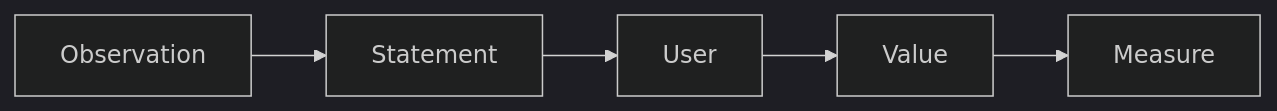
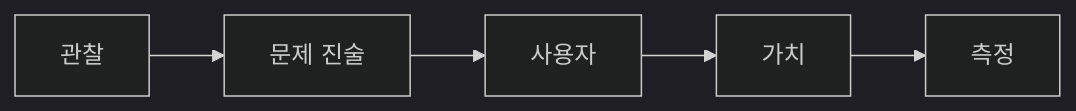
The diagram in content/capstone-project-101/ko/03-defining-the-problem.md (yeongseon-books/book-content), drawn with Mermaid (dark theme) before and after one commit. The commit also changed other lines of this file and 3 other files, not shown here.

````diff
--- a/content/capstone-project-101/ko/03-defining-the-problem.md
+++ b/content/capstone-project-101/ko/03-defining-the-problem.md
@@ -33,7 +49,7 @@
 ```mermaid
 flowchart LR
-    O[Observation] --> S[Statement]
-    S --> U[User]
-    U --> V[Value]
-    V --> M[Measure]
+    O[관찰] --> S[문제 진술]
+    S --> U[사용자]
+    U --> V[가치]
+    V --> M[측정]
 ```
````
